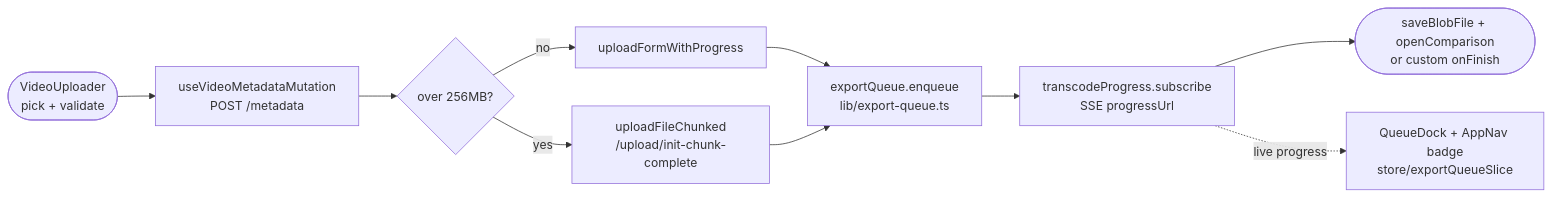
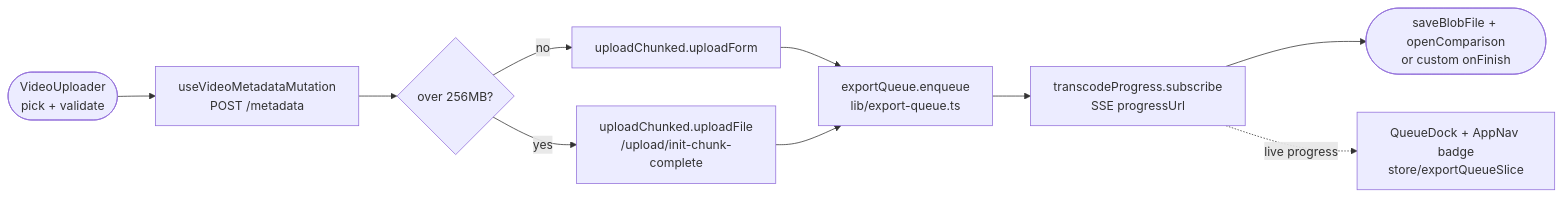
The ninth of 10 diagrams in apps/web/README.md (Iipal/ffmpego_editor), drawn with Mermaid before and after one commit. The commit also changed other lines of this file and 7 other files, not shown here.

Commit message:
refactor: upload-chunked functions into UploadChunked singleton, migrate all callers

````diff
--- a/apps/web/README.md
+++ b/apps/web/README.md
@@ -178,12 +178,12 @@
 ```mermaid
 flowchart LR
     Pick([VideoUploader<br/>pick + validate]) --> Meta[useVideoMetadataMutation<br/>POST /metadata]
     Meta --> Chunk{over 256MB?}
-    Chunk -- no --> Form[uploadFormWithProgress]
-    Chunk -- yes --> Big[uploadFileChunked<br/>/upload/init-chunk-complete]
+    Chunk -- no --> Form[uploadChunked.uploadForm]
+    Chunk -- yes --> Big[uploadChunked.uploadFile<br/>/upload/init-chunk-complete]
     Form --> TR[exportQueue.enqueue<br/>lib/export-queue.ts]
     Big --> TR
     TR --> SSE[transcodeProgress.subscribe<br/>SSE progressUrl]
     SSE --> Save([saveBlobFile + openComparison<br/>or custom onFinish])
     SSE -. live progress .-> QD[QueueDock + AppNav badge<br/>store/exportQueueSlice]
 ```
````
